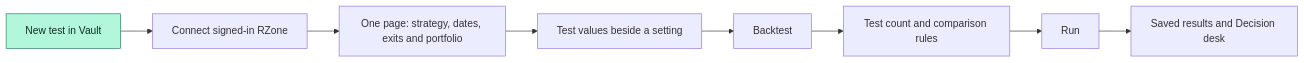
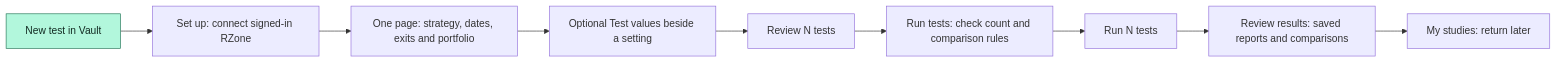
The first of 6 diagrams in docs/EXPERIMENTS.md (mamamiya7/backtest-vault), drawn with Mermaid before and after one commit. The commit also changed other lines of this file and 18 other files, not shown here.

Commit message:
Guide studies through setup, testing and results

````diff
--- a/docs/EXPERIMENTS.md
+++ b/docs/EXPERIMENTS.md
@@ -19,11 +31,12 @@
 ```mermaid
 flowchart LR
-    A[New test in Vault] --> B[Connect signed-in RZone]
+    A[New test in Vault] --> B[Set up: connect signed-in RZone]
     B --> C[One page: strategy, dates, exits and portfolio]
-    C --> D[Test values beside a setting]
-    D --> E[Backtest]
-    E --> F[Test count and comparison rules]
-    F --> G[Run]
-    G --> H[Saved results and Decision desk]
+    C --> D[Optional Test values beside a setting]
+    D --> E[Review N tests]
+    E --> F[Run tests: check count and comparison rules]
+    F --> G[Run N tests]
+    G --> H[Review results: saved reports and comparisons]
+    H --> I[My studies: return later]
     style A fill:#b2f7dc,stroke:#247456,color:#122b22
 ```
````
